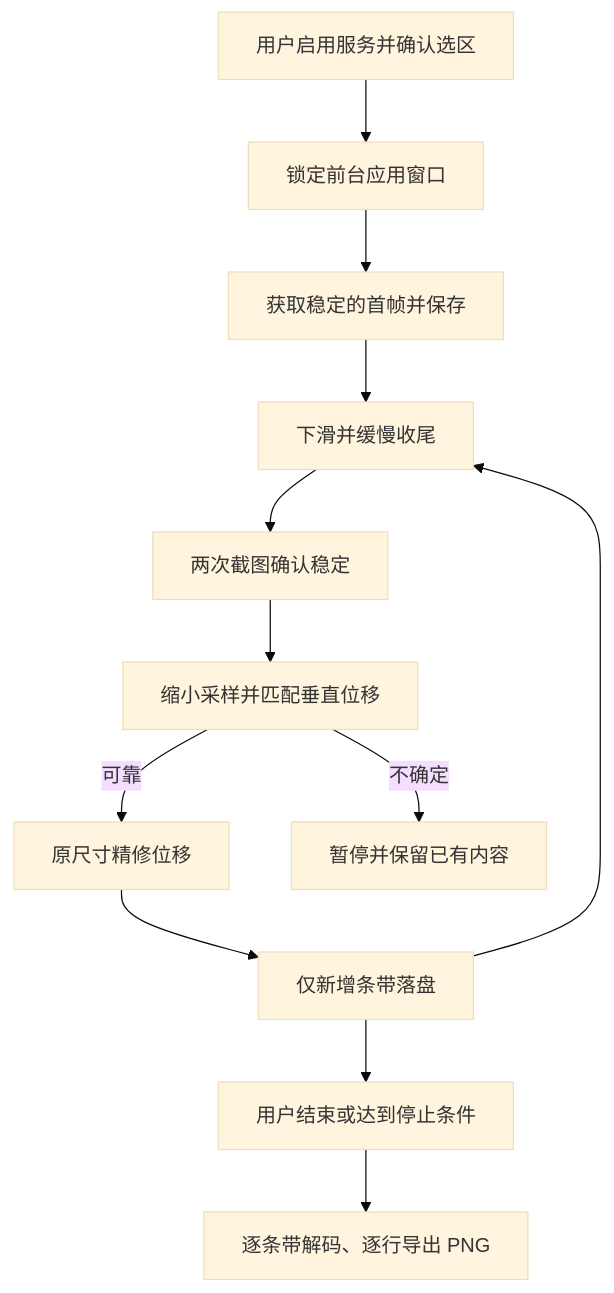
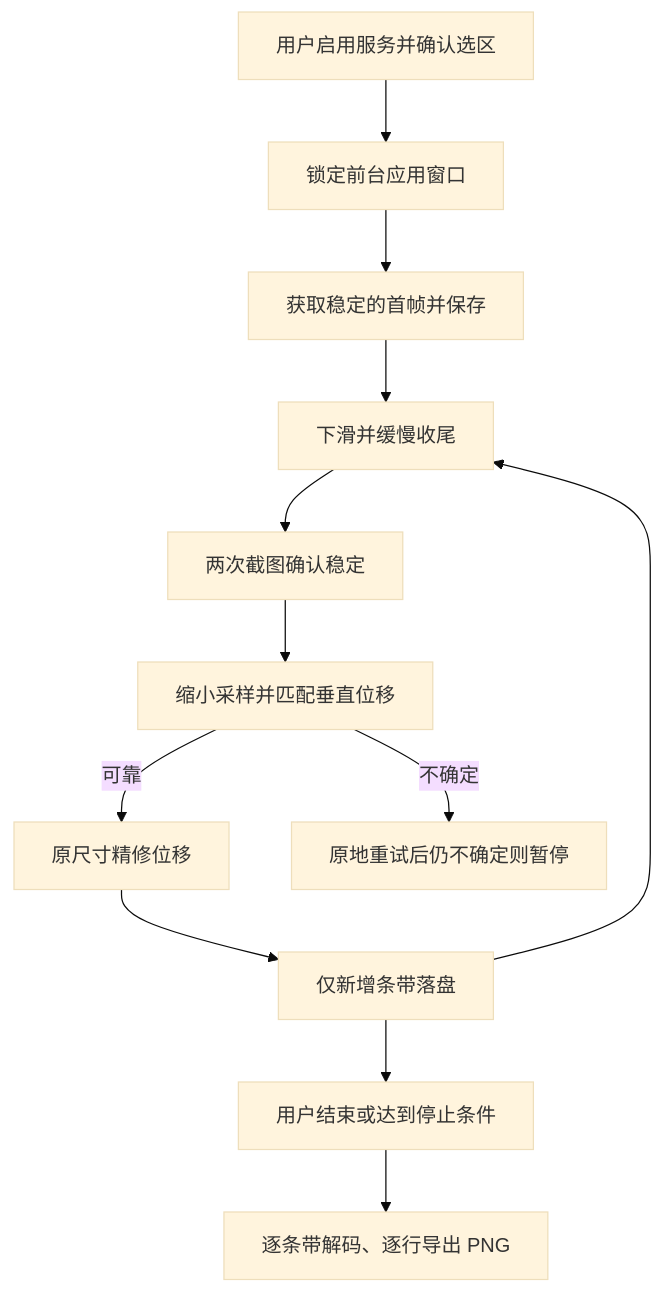
One commit to Lawnisomer/longpage changed the diagram in docs/ARCHITECTURE.md. Above: the diagram before and after it, drawn with Mermaid (base theme). The commit also changed other lines of this file and 24 other files, not shown here.

````diff
--- a/docs/ARCHITECTURE.md
+++ b/docs/ARCHITECTURE.md
@@ -5,14 +5,14 @@
 ```mermaid
 flowchart TD
     A[用户启用服务并确认选区] --> B[锁定前台应用窗口]
     B --> C[获取稳定的首帧并保存]
     C --> D[下滑并缓慢收尾]
     D --> E[两次截图确认稳定]
     E --> F[缩小采样并匹配垂直位移]
     F -->|可靠| G[原尺寸精修位移]
     G --> H[仅新增条带落盘]
     H --> D
-    F -->|不确定| I[暂停并保留已有内容]
+    F -->|不确定| I[原地重试后仍不确定则暂停]
     H --> J[用户结束或达到停止条件]
     J --> K[逐条带解码、逐行导出 PNG]
 ```
````
